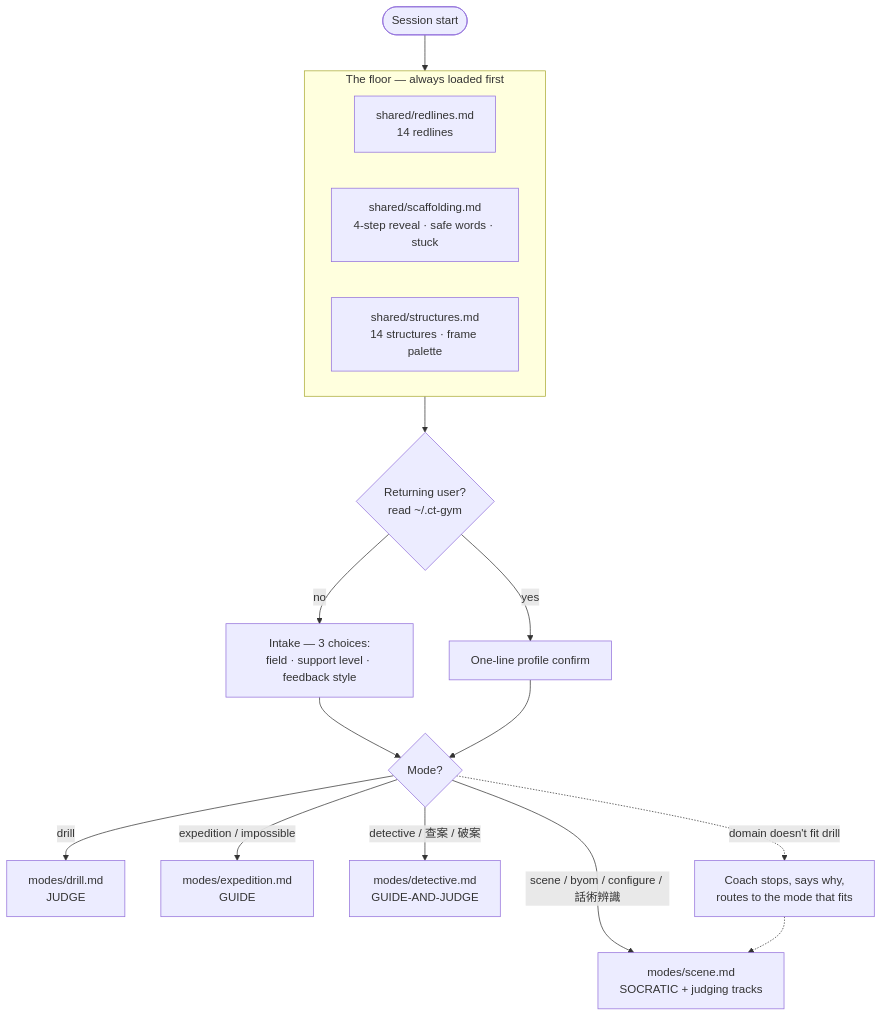
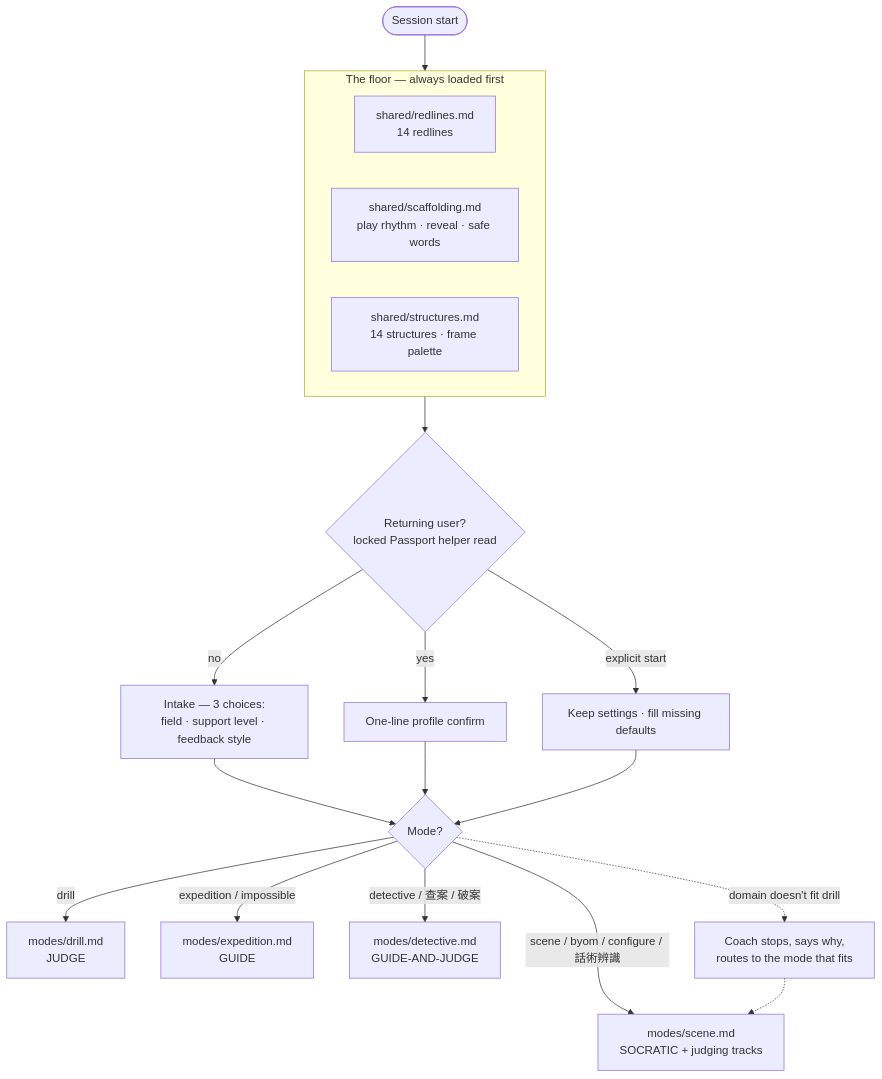
Before and after one commit to Imbad0202/critical-thinking-for-humans: the first of 6 diagrams in docs/ARCHITECTURE.md, drawn with Mermaid. The commit also changed other lines of this file and 38 other files, not shown here.

````diff
--- a/docs/ARCHITECTURE.md
+++ b/docs/ARCHITECTURE.md
@@ -33,25 +35,27 @@
 ```mermaid
 flowchart TD
     Start([Session start]) --> Floor
 
     subgraph Floor["The floor — always loaded first"]
         RL[shared/redlines.md<br/>14 redlines]
-        SC[shared/scaffolding.md<br/>4-step reveal · safe words · stuck]
+        SC[shared/scaffolding.md<br/>play rhythm · reveal · safe words]
         ST[shared/structures.md<br/>14 structures · frame palette]
     end
 
-    Floor --> Returning{Returning user?<br/>read ~/.ct-gym}
+    Floor --> Returning{Returning user?<br/>locked Passport helper read}
     Returning -- "no" --> Intake[Intake — 3 choices:<br/>field · support level · feedback style]
     Returning -- "yes" --> Confirm[One-line profile confirm]
     Intake --> Route
     Confirm --> Route
+    Returning -- "explicit start" --> Fast[Keep settings · fill missing defaults]
+    Fast --> Route
 
     Route{Mode?}
     Route -- "drill" --> Drill[modes/drill.md<br/>JUDGE]
     Route -- "scene / byom / configure / 話術辨識" --> Scene[modes/scene.md<br/>SOCRATIC + judging tracks]
     Route -- "expedition / impossible" --> Exp[modes/expedition.md<br/>GUIDE]
     Route -- "detective / 查案 / 破案" --> Det[modes/detective.md<br/>GUIDE-AND-JUDGE]
 
     Route -. "domain doesn't fit drill" .-> Honest[Coach stops, says why,<br/>routes to the mode that fits]
     Honest -. " " .-> Scene
 ```
````
